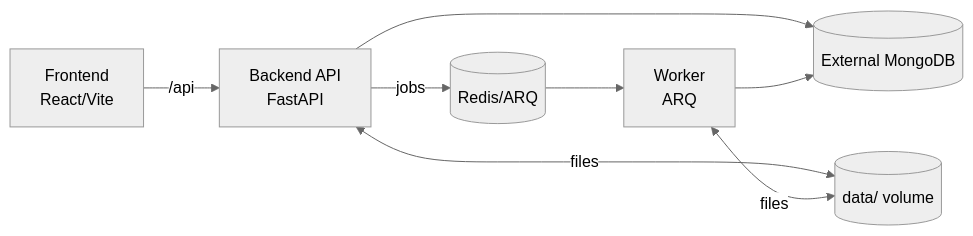
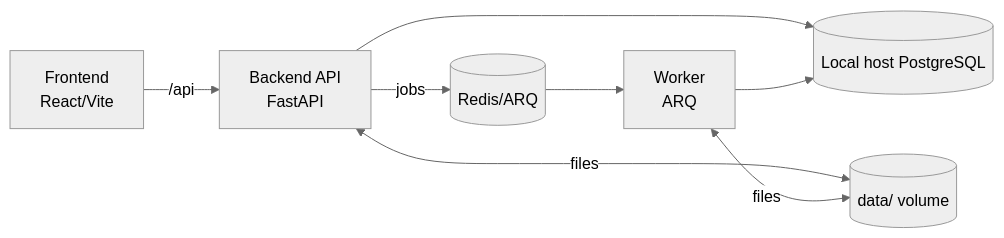
The diagram in docs/SYSTEM_DESIGN.md (Kitabim-AI/kitabim-ai), drawn with Mermaid (neutral theme) before and after one commit. The commit also changed other lines of this file and 61 other files, not shown here.

First line of the commit message:
Migrate to PostgreSQL and reorganize infrastructure

````diff
--- a/docs/SYSTEM_DESIGN.md
+++ b/docs/SYSTEM_DESIGN.md
@@ -45,10 +44,10 @@
 ```mermaid
 flowchart LR
   FE[Frontend<br/>React/Vite] -->|/api| BE[Backend API<br/>FastAPI]
   BE -->|jobs| RQ[(Redis/ARQ)]
   RQ --> WK[Worker<br/>ARQ]
-  BE --> DB[(External MongoDB)]
+  BE --> DB[(Local host PostgreSQL)]
   WK --> DB
   BE <-->|files| DATA[(data/ volume)]
   WK <-->|files| DATA
 ```
````
